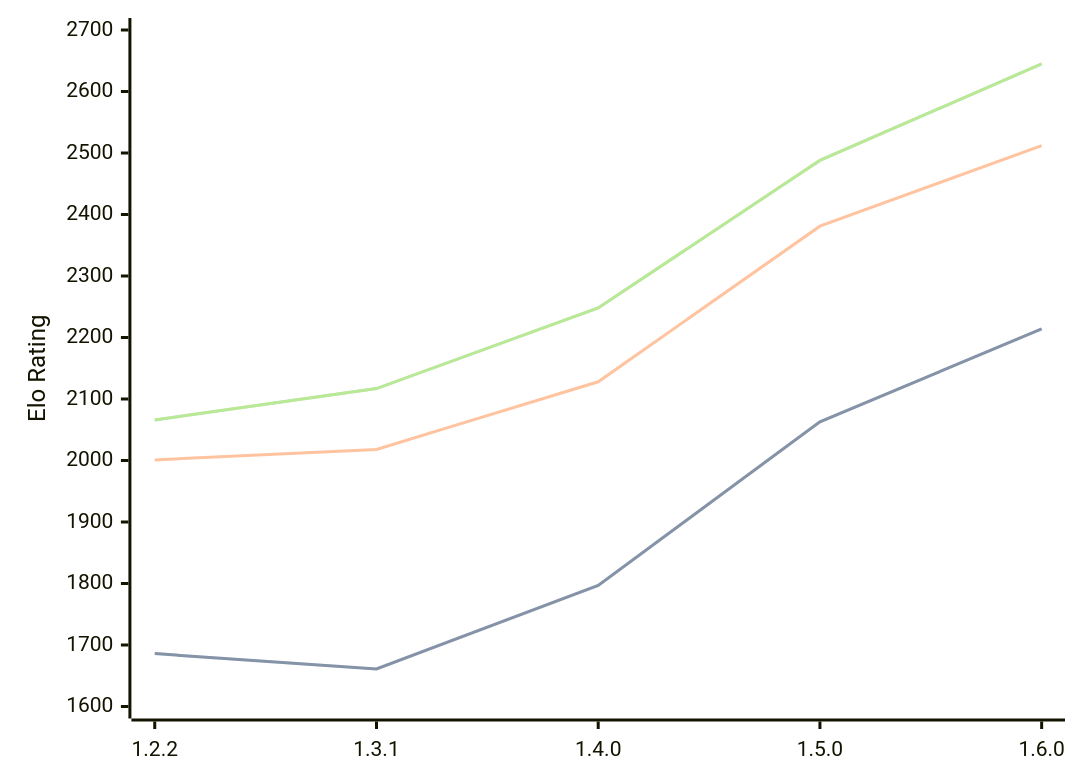
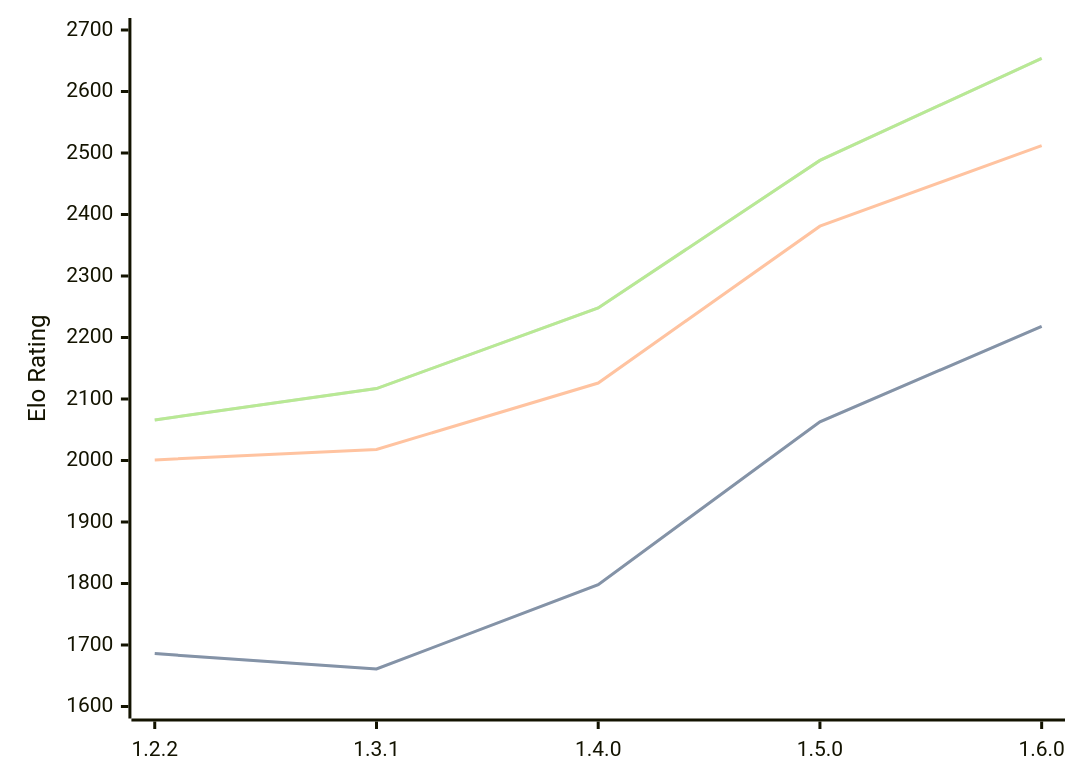
One commit to computer-chess-index/cci changed the diagram in engines/SoloEngine.md. Above: the diagram before and after it, drawn with Mermaid. The commit also changed other lines of this file, not shown here.

Commit message:
Update CCI Ratings (ELO VLTC) - 2026-03-15

````diff
--- a/engines/SoloEngine.md
+++ b/engines/SoloEngine.md
@@ -33,11 +33,11 @@
 ```mermaid
 %%{init: {"theme":"base","themeVariables":{"seriesColors:['#a3a3a3','#222221','#faa371']}}}%%
 xychart-beta
   x-axis ["1.2.2", "1.3.1", "1.4.0", "1.5.0", "1.6.0"]
   y-axis "Elo Rating" 1600 --> 2700
-  line "STC (8.0+0.08s)" [1686, 1661, 1797, 2063, 2214]
-  line "STC (8.0+0.08s)" [1686, 1661, 1797, 2063, 2214]
-  line "LTC (60.0+0.60s)" [2001, 2018, 2128, 2381, 2512]
-  line "VLTC (2m24s+1.12s)" [2066, 2117, 2248, 2488, 2645]
-  line "VLTC (2m24s+1.12s)" [2066, 2117, 2248, 2488, 2645]
+  line "STC (8.0+0.08s)" [1686, 1661, 1798, 2063, 2218]
+  line "STC (8.0+0.08s)" [1686, 1661, 1798, 2063, 2218]
+  line "LTC (60.0+0.60s)" [2001, 2018, 2126, 2381, 2512]
+  line "VLTC (2m24s+1.12s)" [2066, 2117, 2248, 2488, 2654]
+  line "VLTC (2m24s+1.12s)" [2066, 2117, 2248, 2488, 2654]
 ```
````
